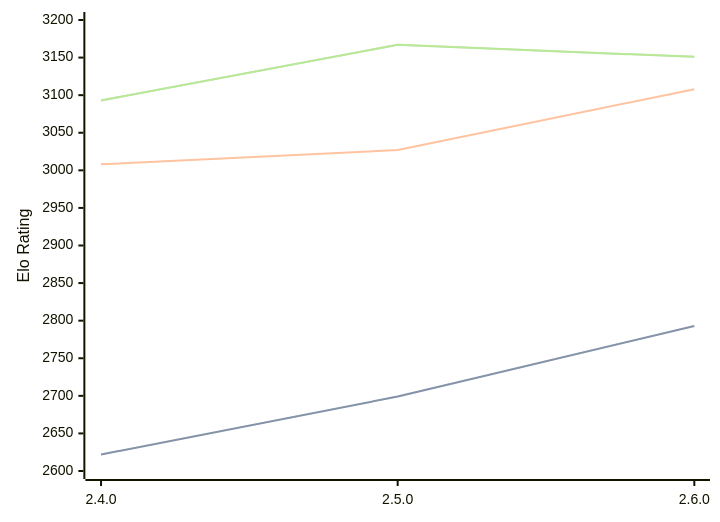
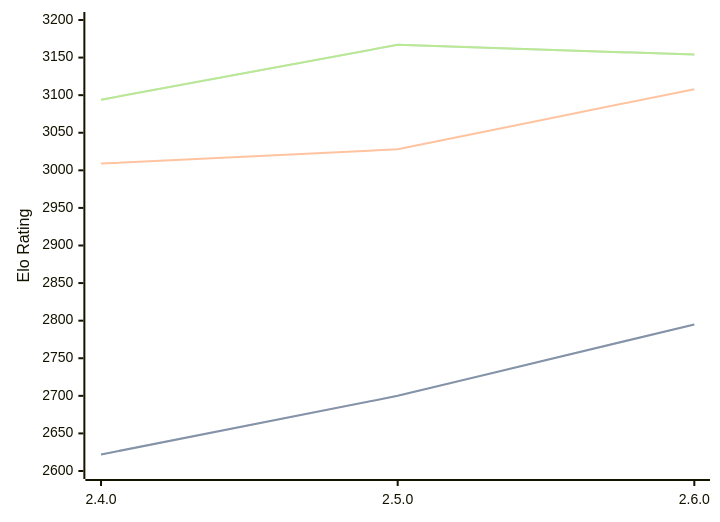
One commit to computer-chess-index/cci changed the diagram in engines/Sturddle2.md. Above: the diagram before and after it, drawn with Mermaid. The commit also changed other lines of this file, not shown here.

Commit message:
Update CCI Ratings (ELO VLTC) - 2026-09-14

````diff
--- a/engines/Sturddle2.md
+++ b/engines/Sturddle2.md
@@ -33,11 +33,11 @@
 ```mermaid
 %%{init: {"theme":"base","themeVariables":{"seriesColors:['#a3a3a3','#222221','#faa371']}}}%%
 xychart-beta
   x-axis ["2.4.0", "2.5.0", "2.6.0"]
   y-axis "Elo Rating" 2600 --> 3200
-  line "" [2622, 2699, 2793]
-  line "STC (8.0+0.08s)" [2622, 2699, 2793]
-  line "LTC (60.0+0.60s)" [3008, 3027, 3108]
-  line "" [3093, 3167, 3151]
-  line "VLTC (2m24s+1.12s)" [3093, 3167, 3151]
+  line "" [2622, 2700, 2795]
+  line "STC (8.0+0.08s)" [2622, 2700, 2795]
+  line "LTC (60.0+0.60s)" [3009, 3028, 3108]
+  line "" [3094, 3167, 3154]
+  line "VLTC (2m24s+1.12s)" [3094, 3167, 3154]
 ```
````
